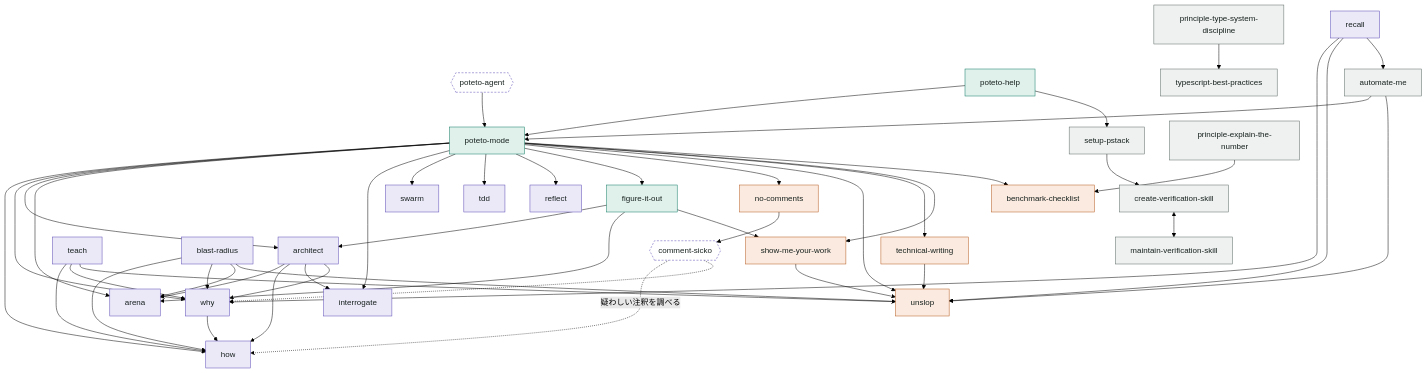
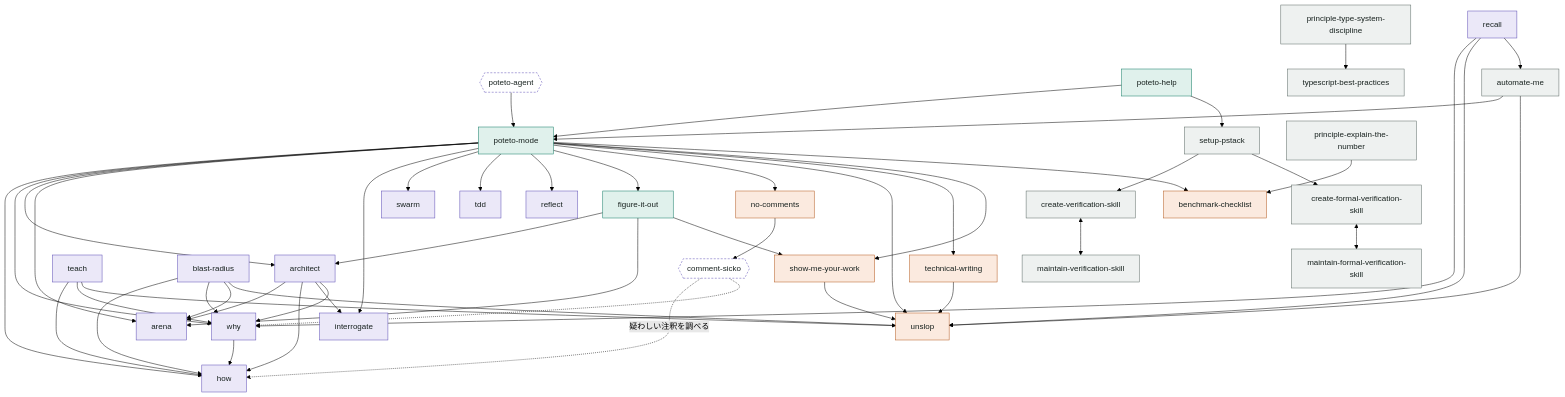
One commit to souljazzfunk/lab changed the second of 12 diagrams in pstack-cc/docs/skill-map.ja.md. Above: the diagram before and after it, drawn with Mermaid (forest theme). The commit also changed other lines of this file and 238 other files, not shown here.

````diff
--- a/pstack-cc/docs/skill-map.ja.md
+++ b/pstack-cc/docs/skill-map.ja.md
@@ -31,62 +31,64 @@
 ```mermaid
 flowchart TB
   classDef entry fill:#e0f1ec,stroke:#0f7a63,color:#18221f
   classDef wf fill:#ebe8f8,stroke:#5b4bb5,color:#18221f
   classDef q fill:#fbeadf,stroke:#b4581d,color:#18221f
   classDef etc fill:#eef1f0,stroke:#5b6964,color:#18221f
   classDef ag fill:#ffffff,stroke:#5b4bb5,stroke-dasharray:4 3,color:#18221f
 
   PM[poteto-mode]:::entry
   FIO[figure-it-out]:::entry
   AG{{poteto-agent}}:::ag
   AG --> PM
   PH[poteto-help]:::entry --> PM
   PH --> SP
 
   PM --> HOW[how]:::wf
   PM --> WHY[why]:::wf
   PM --> ARC[architect]:::wf
   PM --> ARN[arena]:::wf
   PM --> INT[interrogate]:::wf
   PM --> SW[swarm]:::wf
   PM --> TDD[tdd]:::wf
   PM --> REF[reflect]:::wf
   PM --> FIO
   PM --> NC[no-comments]:::q
   PM --> UN[unslop]:::q
   PM --> TW[technical-writing]:::q
   PM --> SMW[show-me-your-work]:::q
   PM --> BC[benchmark-checklist]:::q
 
   FIO --> ARC
   FIO --> ARN
   FIO --> SMW
   ARC --> ARN
   ARC --> HOW
   ARC --> INT
   ARC --> WHY
   WHY --> HOW
   TEACH[teach]:::wf --> HOW
   TEACH --> WHY
   TEACH --> UN
   BR[blast-radius]:::wf --> HOW
   BR --> WHY
   BR --> ARN
   BR --> UN
   RC[recall]:::wf --> WHY
   RC --> UN
   RC --> AM[automate-me]:::etc
   AM --> PM
   AM --> UN
 
   NC --> CS{{comment-sicko}}:::ag
   CS -. 疑わしい注釈を調べる .-> HOW
   CS -.-> WHY
   TW --> UN
   SMW --> UN
 
   SP[setup-pstack]:::etc --> CVS[create-verification-skill]:::etc
   CVS <--> MVS[maintain-verification-skill]:::etc
+  SP --> CFVS[create-formal-verification-skill]:::etc
+  CFVS <--> MFVS[maintain-formal-verification-skill]:::etc
   PTS[principle-type-system-discipline]:::etc --> TS[typescript-best-practices]:::etc
   PEN[principle-explain-the-number]:::etc --> BC
 ```
````
